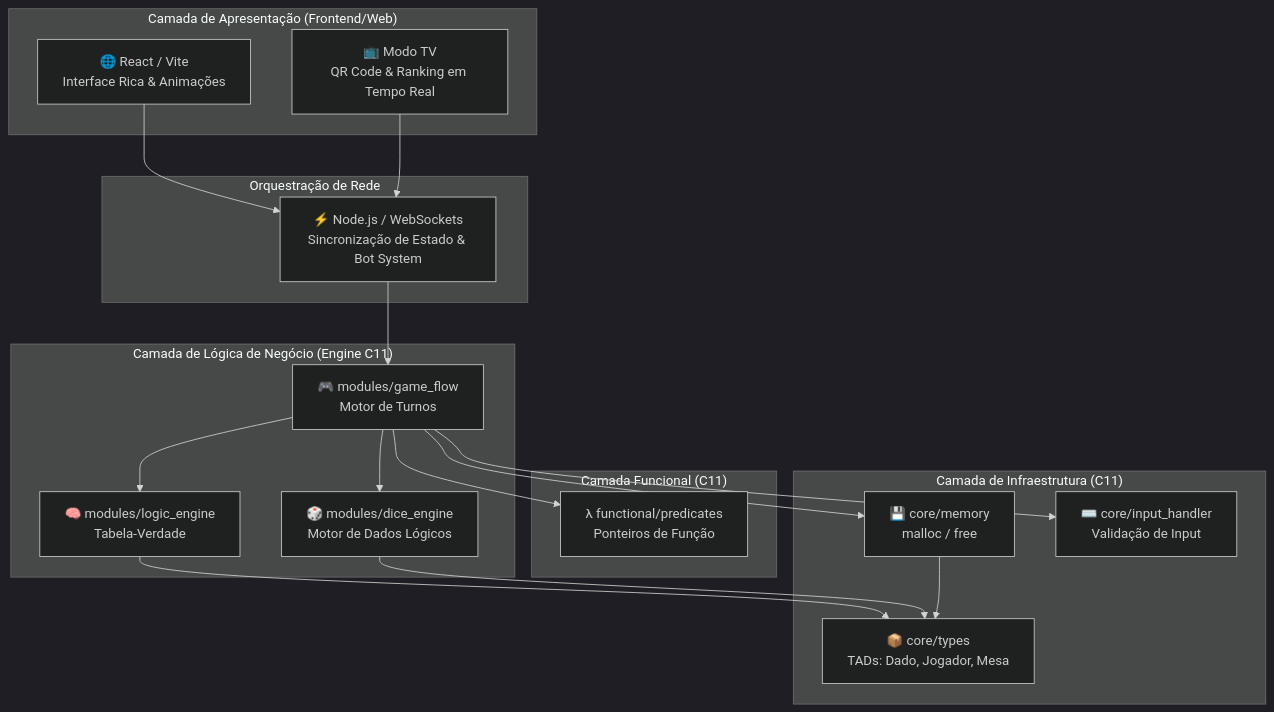
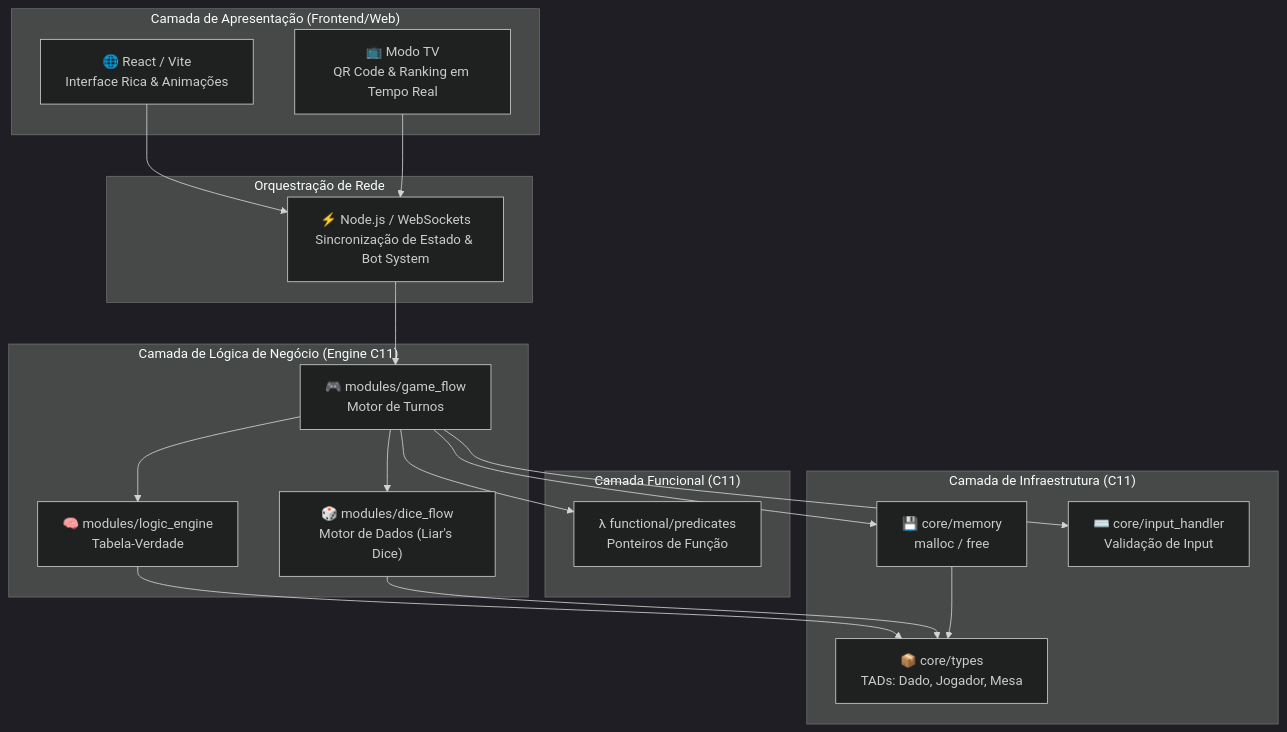
Before and after one commit to rsc3-pixel/The-Boolean-Bar: the first of 4 diagrams in README.md, drawn with Mermaid (dark theme). The commit also changed other lines of this file and 11 other files, not shown here.

````diff
--- a/README.md
+++ b/README.md
@@ -121,39 +126,39 @@
 ```mermaid
 graph TB
     subgraph "Camada de Apresentação (Frontend/Web)"
         UI_Web["🌐 React / Vite<br/>Interface Rica & Animações"]
         UI_TV["📺 Modo TV<br/>QR Code & Ranking em Tempo Real"]
     end
 
     subgraph "Orquestração de Rede"
         WS["⚡ Node.js / WebSockets<br/>Sincronização de Estado & Bot System"]
     end
 
     subgraph "Camada de Lógica de Negócio (Engine C11)"
         GF["🎮 modules/game_flow<br/>Motor de Turnos"]
         LE["🧠 modules/logic_engine<br/>Tabela-Verdade"]
-        DM["🎲 modules/dice_engine<br/>Motor de Dados Lógicos"]
+        DM["🎲 modules/dice_flow<br/>Motor de Dados (Liar's Dice)"]
     end
 
     subgraph "Camada Funcional (C11)"
         PRED["λ functional/predicates<br/>Ponteiros de Função"]
     end
 
     subgraph "Camada de Infraestrutura (C11)"
         MEM["💾 core/memory<br/>malloc / free"]
         IH["⌨️ core/input_handler<br/>Validação de Input"]
         TYPES["📦 core/types<br/>TADs: Dado, Jogador, Mesa"]
     end
 
     UI_Web --> WS
     UI_TV --> WS
     WS --> GF
     GF --> LE
     GF --> DM
     GF --> PRED
     GF --> MEM
     GF --> IH
     LE --> TYPES
     DM --> TYPES
     MEM --> TYPES
 ```
````
